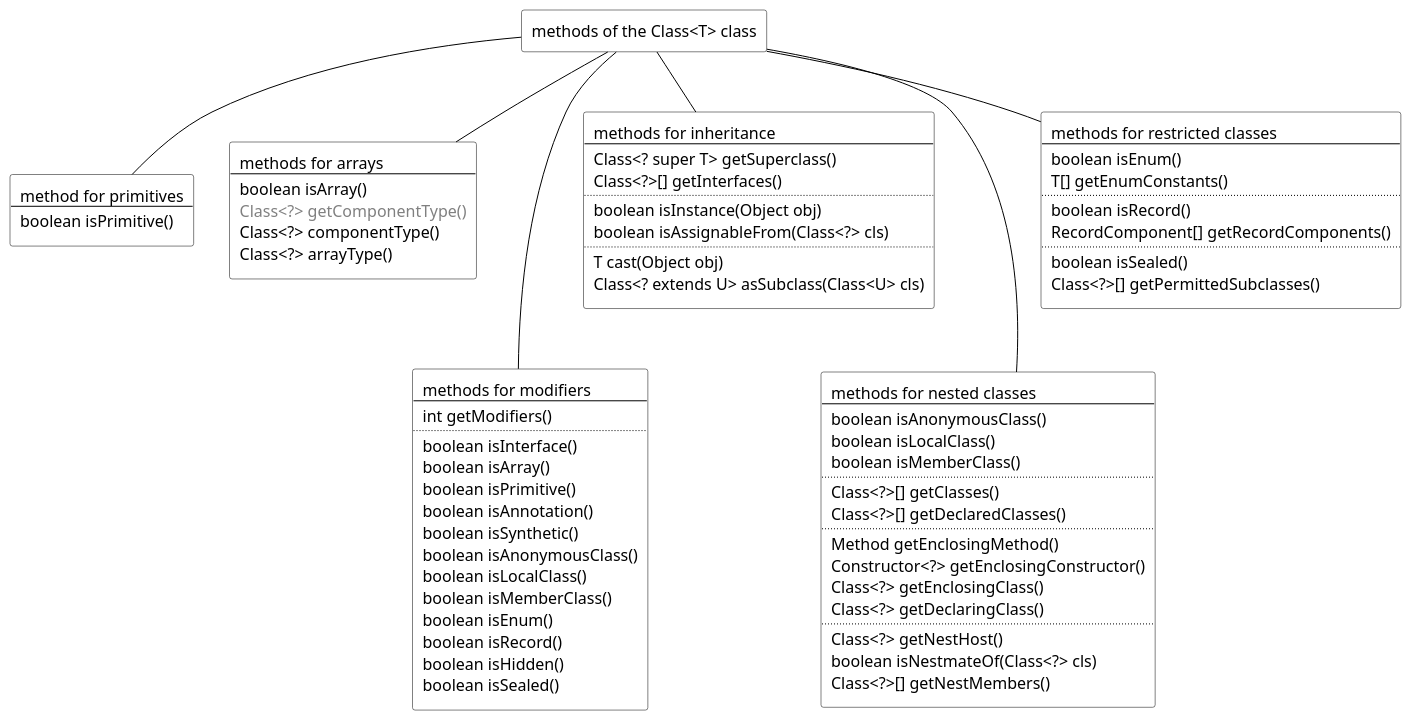
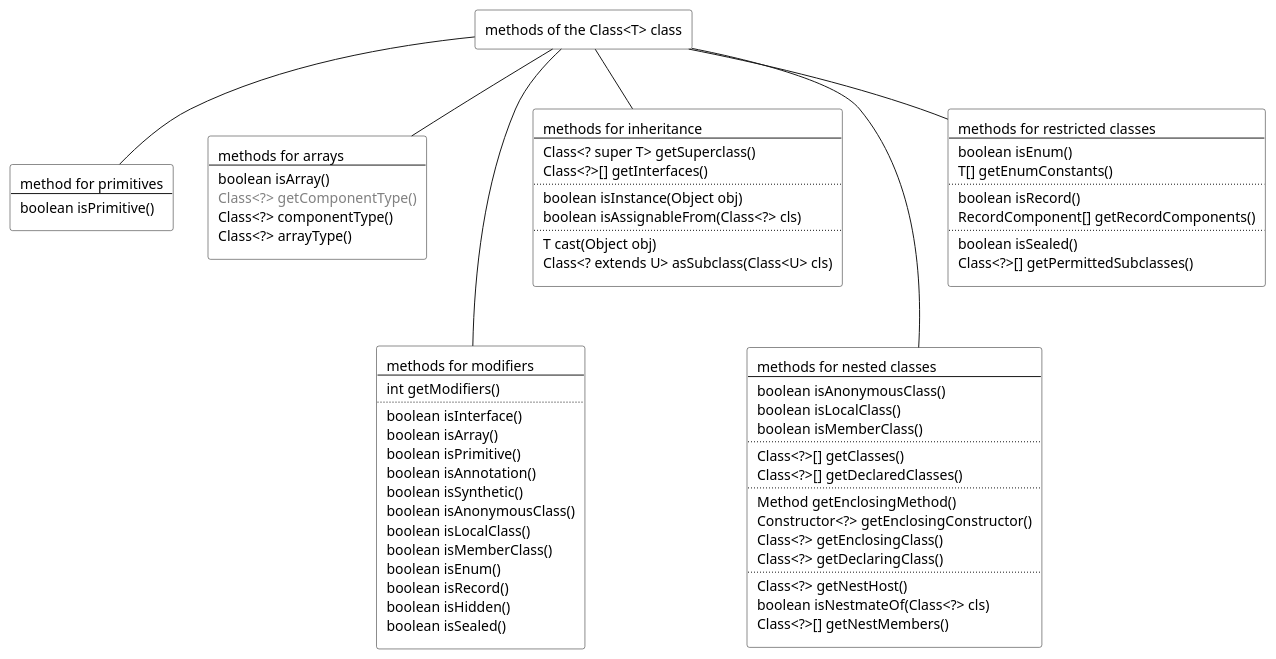
The diagram in images/part1/methods_of_the_Class_class.puml (aliakh/demo-java-reflection), drawn with PlantUML before and after one commit. The commit also changed 2 other files, not shown here.

```diff
--- a/images/part1/methods_of_the_Class_class.puml
+++ b/images/part1/methods_of_the_Class_class.puml
@@ -1,100 +1,99 @@
 @startuml
 
+scale 1.0
+
+skinparam monochrome true
 skinparam RectangleBackgroundColor white
-skinparam RectangleBorderColor black
-skinparam RectangleFontName Source Sans Pro
-skinparam RectangleFontSize 16
-skinparam ArrowColor black
 
 rectangle class [
 methods of the Class<T> class
 ]
 
 rectangle primitives [
 method for primitives
 --
 boolean isPrimitive()
 ]
 
 rectangle arrays [
 methods for arrays
 --
 boolean isArray()
 <color:#gray>Class<?> getComponentType()
 Class<?> componentType()
 Class<?> arrayType()
 ]
 
 rectangle modifiers [
 methods for modifiers
 --
 int getModifiers()
 ..
 boolean isInterface()
 boolean isArray()
 boolean isPrimitive()
 boolean isAnnotation()
 boolean isSynthetic()
 boolean isAnonymousClass()
 boolean isLocalClass()
 boolean isMemberClass()
 boolean isEnum()
 boolean isRecord()
 boolean isHidden()
 boolean isSealed()
 ]
 
 rectangle inheritance [
 methods for inheritance
 --
 Class<? super T> getSuperclass()
 Class<?>[] getInterfaces()
 ..
 boolean isInstance(Object obj)
 boolean isAssignableFrom(Class<?> cls)
 ..
 T cast(Object obj)
 Class<? extends U> asSubclass(Class~<U> cls)
 ]
 
 rectangle nested_classes [
 methods for nested classes
 --
 boolean isAnonymousClass()
 boolean isLocalClass()
 boolean isMemberClass()
 ..
 Class<?>[] getClasses()
 Class<?>[] getDeclaredClasses()
 ..
 Method getEnclosingMethod()
 Constructor<?> getEnclosingConstructor()
 Class<?> getEnclosingClass()
 Class<?> getDeclaringClass()
 ..
 Class<?> getNestHost()
 boolean isNestmateOf(Class<?> cls)
 Class<?>[] getNestMembers()
 ]
 
 rectangle restricted_classes [
 methods for restricted classes
 --
 boolean isEnum()
 T[] getEnumConstants()
 ..
 boolean isRecord()
 RecordComponent[] getRecordComponents()
 ..
 boolean isSealed()
 Class<?>[] getPermittedSubclasses()
 ]
 
 class -down- primitives
 class -down- arrays
 class -down-- modifiers
 class -down- inheritance
 class -down-- nested_classes
 class -down- restricted_classes
 
 @enduml
```
